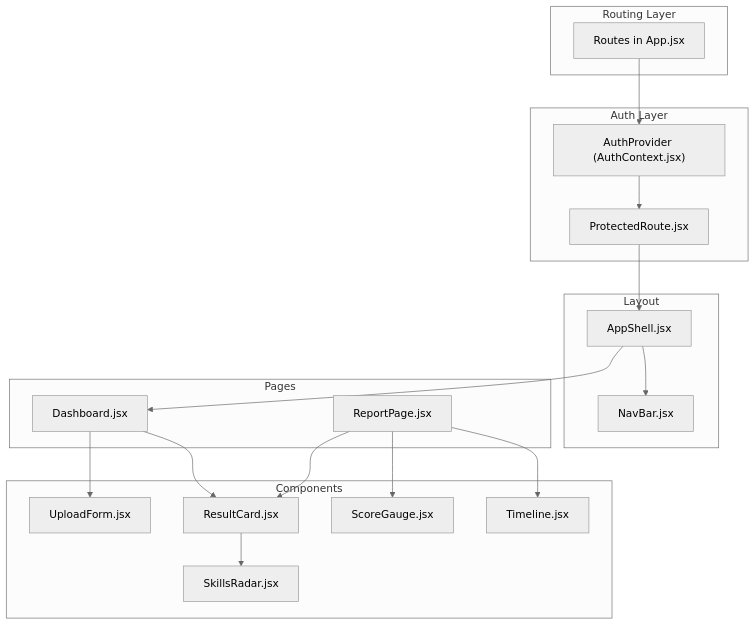
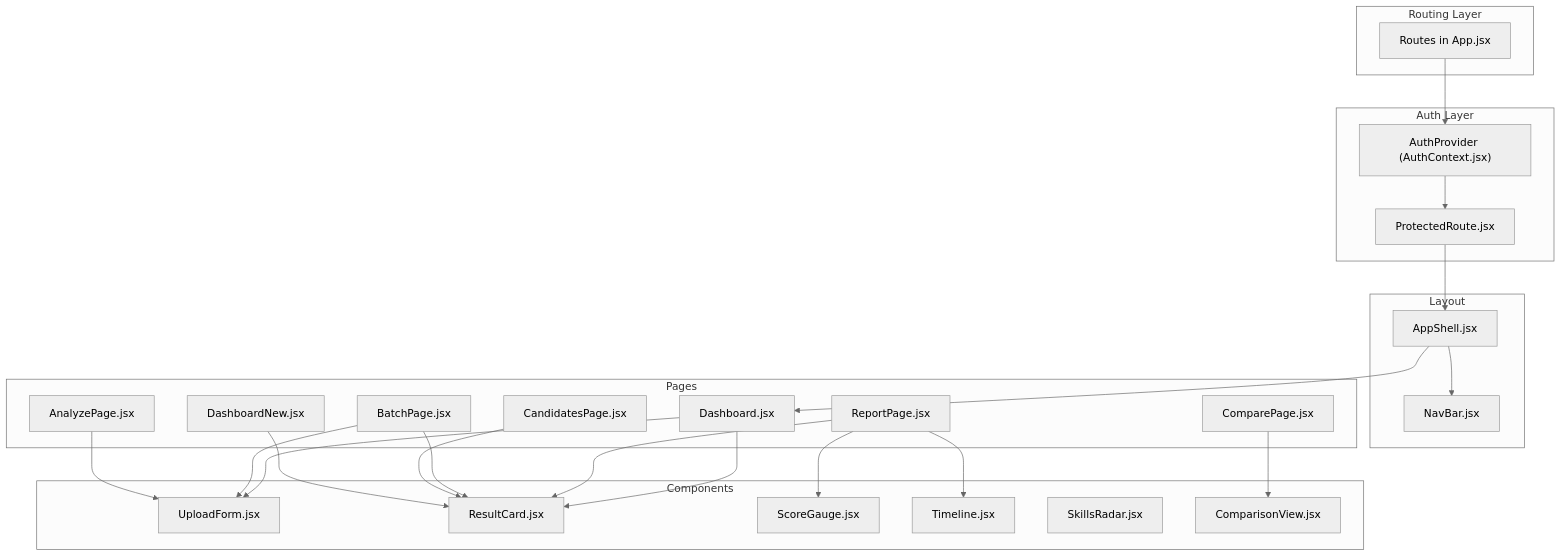
The first of 6 diagrams in .qoder/repowiki/en/content/Frontend Architecture/Component Library.md (Revanththetalogics/aireume), drawn with Mermaid (neutral theme) before and after one commit. The commit also changed other lines of this file and 61 other files, not shown here.

````diff
--- a/.qoder/repowiki/en/content/Frontend Architecture/Component Library.md
+++ b/.qoder/repowiki/en/content/Frontend Architecture/Component Library.md
@@ -50,36 +59,47 @@
 ```mermaid
 graph TB
 subgraph "Routing Layer"
 Routes["Routes in App.jsx"]
 end
 subgraph "Auth Layer"
 AuthProvider["AuthProvider (AuthContext.jsx)"]
 ProtectedRoute["ProtectedRoute.jsx"]
 end
 subgraph "Layout"
 AppShell["AppShell.jsx"]
 NavBar["NavBar.jsx"]
 end
 subgraph "Pages"
 Dashboard["Dashboard.jsx"]
 ReportPage["ReportPage.jsx"]
+BatchPage["BatchPage.jsx"]
+AnalyzePage["AnalyzePage.jsx"]
+CandidatesPage["CandidatesPage.jsx"]
+ComparePage["ComparePage.jsx"]
+DashboardNew["DashboardNew.jsx"]
 end
 subgraph "Components"
 UploadForm["UploadForm.jsx"]
 ResultCard["ResultCard.jsx"]
 ScoreGauge["ScoreGauge.jsx"]
 Timeline["Timeline.jsx"]
 SkillsRadar["SkillsRadar.jsx"]
+ComparisonView["ComparisonView.jsx"]
 end
 Routes --> AuthProvider
 AuthProvider --> ProtectedRoute
 ProtectedRoute --> AppShell
 AppShell --> NavBar
 AppShell --> Dashboard
 Dashboard --> UploadForm
 Dashboard --> ResultCard
 ReportPage --> ResultCard
-ResultCard --> SkillsRadar
+BatchPage --> UploadForm
+BatchPage --> ResultCard
+AnalyzePage --> UploadForm
 ReportPage --> Timeline
 ReportPage --> ScoreGauge
+CandidatesPage --> ResultCard
+ComparePage --> ComparisonView
+DashboardNew --> ResultCard
 ```
````
